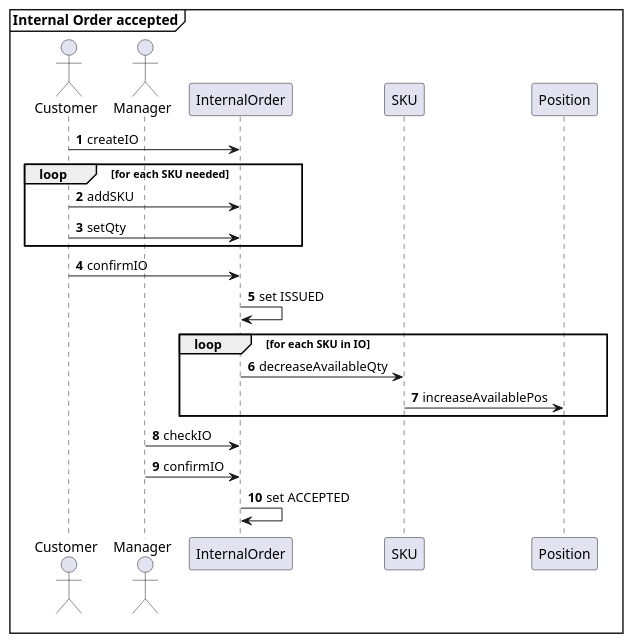
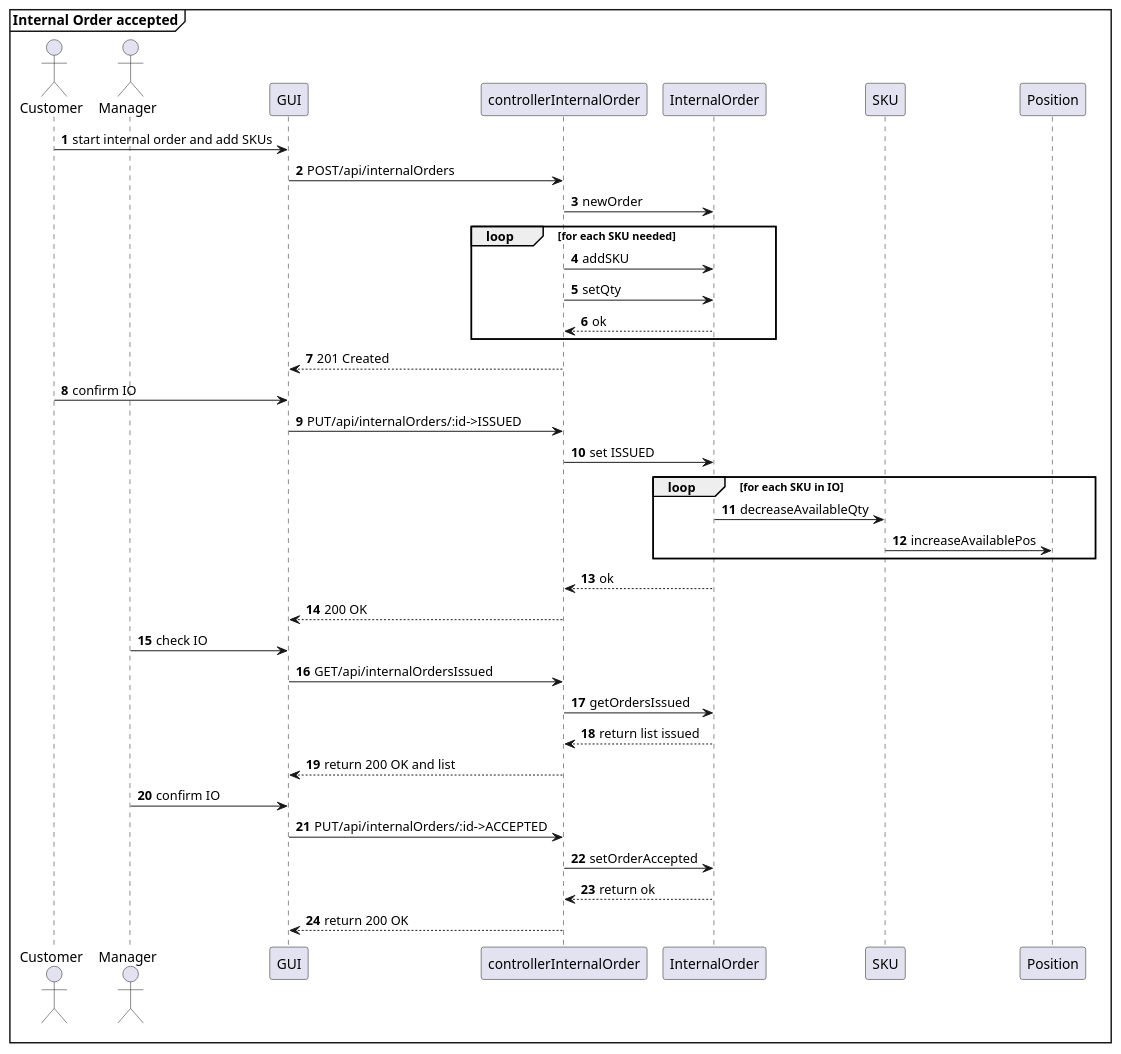
One commit to AlexZampa/EzWh changed diagram 21 of 23 in DesignDocument.md. Above: the diagram before and after it, drawn with PlantUML. The commit also changed other lines of this file, not shown here.

````diff
--- a/DesignDocument.md
+++ b/DesignDocument.md
@@ -991,25 +1005,44 @@
 ```plantuml
 @startuml
 mainframe **Internal Order accepted**
 actor Customer
 actor Manager
+participant GUI
+participant controllerInternalOrder
 participant InternalOrder
 participant SKU
 
 autonumber
-Customer -> InternalOrder : createIO
+Customer -> GUI : start internal order and add SKUs
+GUI -> controllerInternalOrder : POST/api/internalOrders
+controllerInternalOrder -> InternalOrder : newOrder
 loop for each SKU needed
-  Customer -> InternalOrder : addSKU
-  Customer -> InternalOrder : setQty
+  controllerInternalOrder -> InternalOrder : addSKU
+  controllerInternalOrder -> InternalOrder : setQty
+  controllerInternalOrder <-- InternalOrder : ok
 end loop
-Customer -> InternalOrder : confirmIO
-InternalOrder -> InternalOrder : set ISSUED
+GUI <-- controllerInternalOrder : 201 Created
+
+Customer -> GUI : confirm IO
+GUI -> controllerInternalOrder : PUT/api/internalOrders/:id->ISSUED
+controllerInternalOrder -> InternalOrder : set ISSUED
 loop for each SKU in IO
   InternalOrder -> SKU : decreaseAvailableQty
   SKU -> Position : increaseAvailablePos
 end loop
-Manager -> InternalOrder : checkIO
-Manager -> InternalOrder : confirmIO
-InternalOrder -> InternalOrder : set ACCEPTED
+controllerInternalOrder <-- InternalOrder : ok
+GUI <-- controllerInternalOrder : 200 OK
+
+Manager -> GUI : check IO
+GUI -> controllerInternalOrder : GET/api/internalOrdersIssued
+controllerInternalOrder -> InternalOrder : getOrdersIssued
+controllerInternalOrder <-- InternalOrder : return list issued
+GUI <-- controllerInternalOrder : return 200 OK and list
+
+Manager -> GUI : confirm IO
+GUI -> controllerInternalOrder : PUT/api/internalOrders/:id->ACCEPTED
+controllerInternalOrder -> InternalOrder : setOrderAccepted
+controllerInternalOrder <-- InternalOrder : return ok
+GUI <-- controllerInternalOrder : return 200 OK
 @enduml
 ```
````
